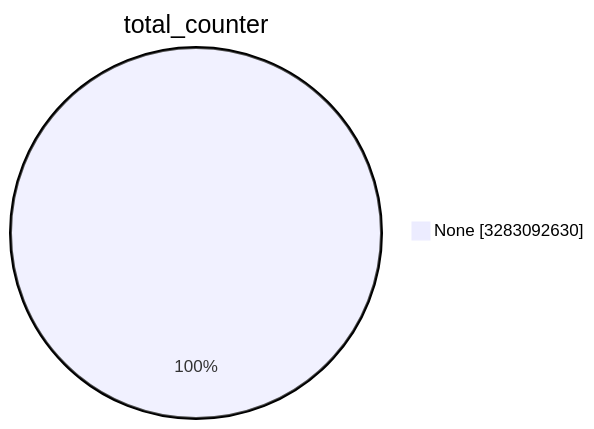
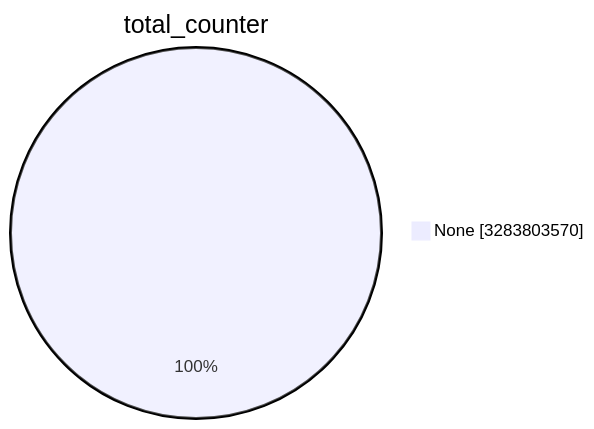
One commit to christiankrug/ctmonitor_visualization changed the first of 15 diagrams in TOTAL/README.md. Above: the diagram before and after it, drawn with Mermaid. The commit also changed other lines of this file, not shown here.

````diff
--- a/TOTAL/README.md
+++ b/TOTAL/README.md
@@ -1,5 +1,5 @@
 ```mermaid
 pie showData
 title total_counter
-"None" :3283092630
+"None" :3283803570
 ```
````
